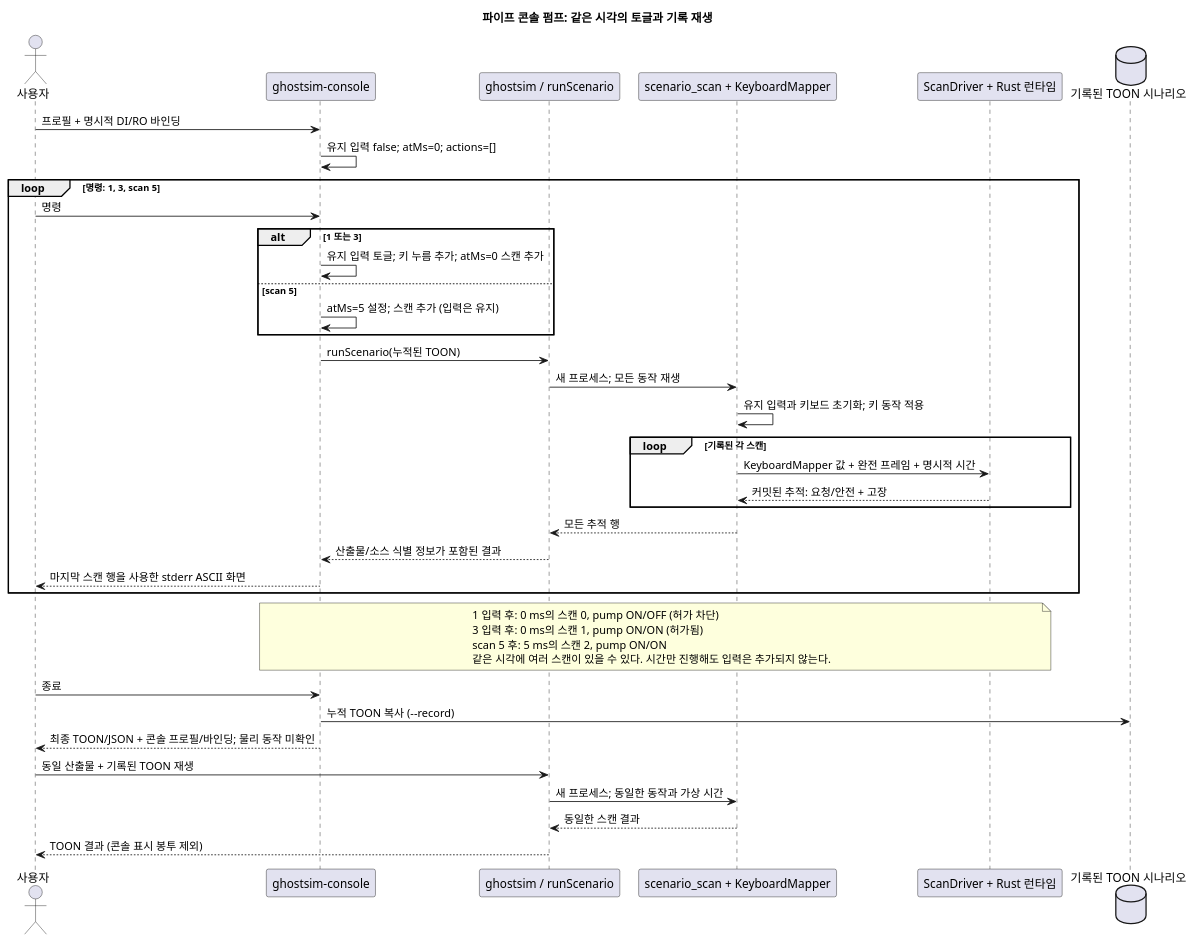
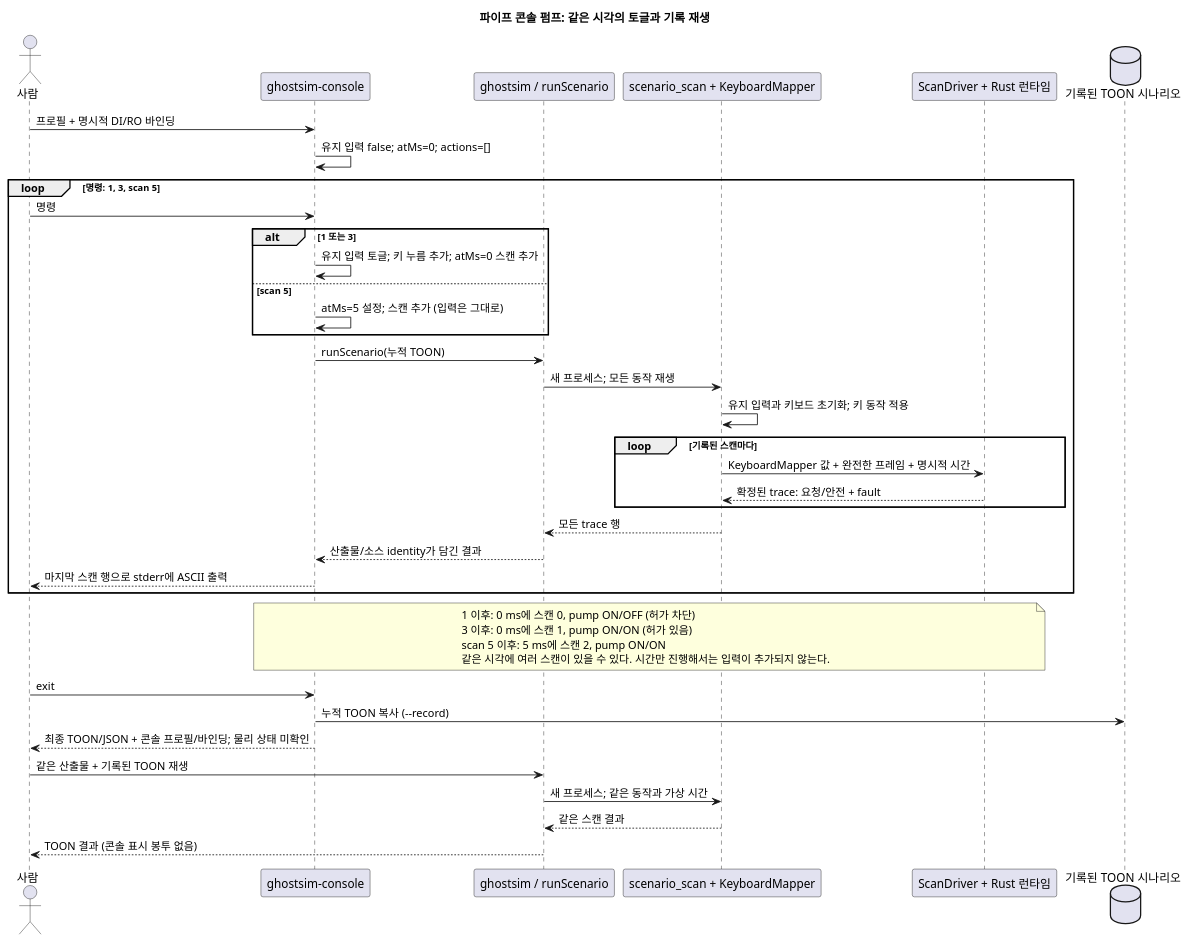
One commit to callin2/ghostflow-language changed the third of 4 diagrams in docs/LLM-TOOLCHAIN-ARCHITECTURE.ko.md. Above: the diagram before and after it, drawn with PlantUML. The commit also changed other lines of this file and 2455 other files, not shown here.

Commit message:
docs: recover Copilot rewrites, multilingual guides and diagram tooling (#614)

````diff
--- a/docs/LLM-TOOLCHAIN-ARCHITECTURE.ko.md
+++ b/docs/LLM-TOOLCHAIN-ARCHITECTURE.ko.md
@@ -208,44 +287,44 @@
 ```plantuml
 @startuml
 title 파이프 콘솔 펌프: 같은 시각의 토글과 기록 재생
-actor 사용자 as Human
+actor 사람 as Human
 participant "ghostsim-console" as Console
 participant "ghostsim / runScenario" as Host
 participant "scenario_scan + KeyboardMapper" as Input
 participant "ScanDriver + Rust 런타임" as Core
 database "기록된 TOON 시나리오" as Record
 Human -> Console: 프로필 + 명시적 DI/RO 바인딩
 Console -> Console: 유지 입력 false; atMs=0; actions=[]
 loop 명령: 1, 3, scan 5
   Human -> Console: 명령
   alt 1 또는 3
     Console -> Console: 유지 입력 토글; 키 누름 추가; atMs=0 스캔 추가
   else scan 5
-    Console -> Console: atMs=5 설정; 스캔 추가 (입력은 유지)
+    Console -> Console: atMs=5 설정; 스캔 추가 (입력은 그대로)
   end
-  Console -> Host: runScenario(누적된 TOON)
+  Console -> Host: runScenario(누적 TOON)
   Host -> Input: 새 프로세스; 모든 동작 재생
   Input -> Input: 유지 입력과 키보드 초기화; 키 동작 적용
-  loop 기록된 각 스캔
-    Input -> Core: KeyboardMapper 값 + 완전 프레임 + 명시적 시간
-    Core --> Input: 커밋된 추적: 요청/안전 + 고장
+  loop 기록된 스캔마다
+    Input -> Core: KeyboardMapper 값 + 완전한 프레임 + 명시적 시간
+    Core --> Input: 확정된 trace: 요청/안전 + fault
   end
-  Input --> Host: 모든 추적 행
-  Host --> Console: 산출물/소스 식별 정보가 포함된 결과
-  Console --> Human: 마지막 스캔 행을 사용한 stderr ASCII 화면
+  Input --> Host: 모든 trace 행
+  Host --> Console: 산출물/소스 identity가 담긴 결과
+  Console --> Human: 마지막 스캔 행으로 stderr에 ASCII 출력
 end
 note over Console,Core
-  1 입력 후: 0 ms의 스캔 0, pump ON/OFF (허가 차단)
-  3 입력 후: 0 ms의 스캔 1, pump ON/ON (허가됨)
-  scan 5 후: 5 ms의 스캔 2, pump ON/ON
-  같은 시각에 여러 스캔이 있을 수 있다. 시간만 진행해도 입력은 추가되지 않는다.
+  1 이후: 0 ms에 스캔 0, pump ON/OFF (허가 차단)
+  3 이후: 0 ms에 스캔 1, pump ON/ON (허가 있음)
+  scan 5 이후: 5 ms에 스캔 2, pump ON/ON
+  같은 시각에 여러 스캔이 있을 수 있다. 시간만 진행해서는 입력이 추가되지 않는다.
 end note
-Human -> Console: 종료
+Human -> Console: exit
 Console -> Record: 누적 TOON 복사 (--record)
-Console --> Human: 최종 TOON/JSON + 콘솔 프로필/바인딩; 물리 동작 미확인
-Human -> Host: 동일 산출물 + 기록된 TOON 재생
-Host -> Input: 새 프로세스; 동일한 동작과 가상 시간
-Input --> Host: 동일한 스캔 결과
-Host --> Human: TOON 결과 (콘솔 표시 봉투 제외)
+Console --> Human: 최종 TOON/JSON + 콘솔 프로필/바인딩; 물리 상태 미확인
+Human -> Host: 같은 산출물 + 기록된 TOON 재생
+Host -> Input: 새 프로세스; 같은 동작과 가상 시간
+Input --> Host: 같은 스캔 결과
+Host --> Human: TOON 결과 (콘솔 표시 봉투 없음)
 @enduml
 ```
````
